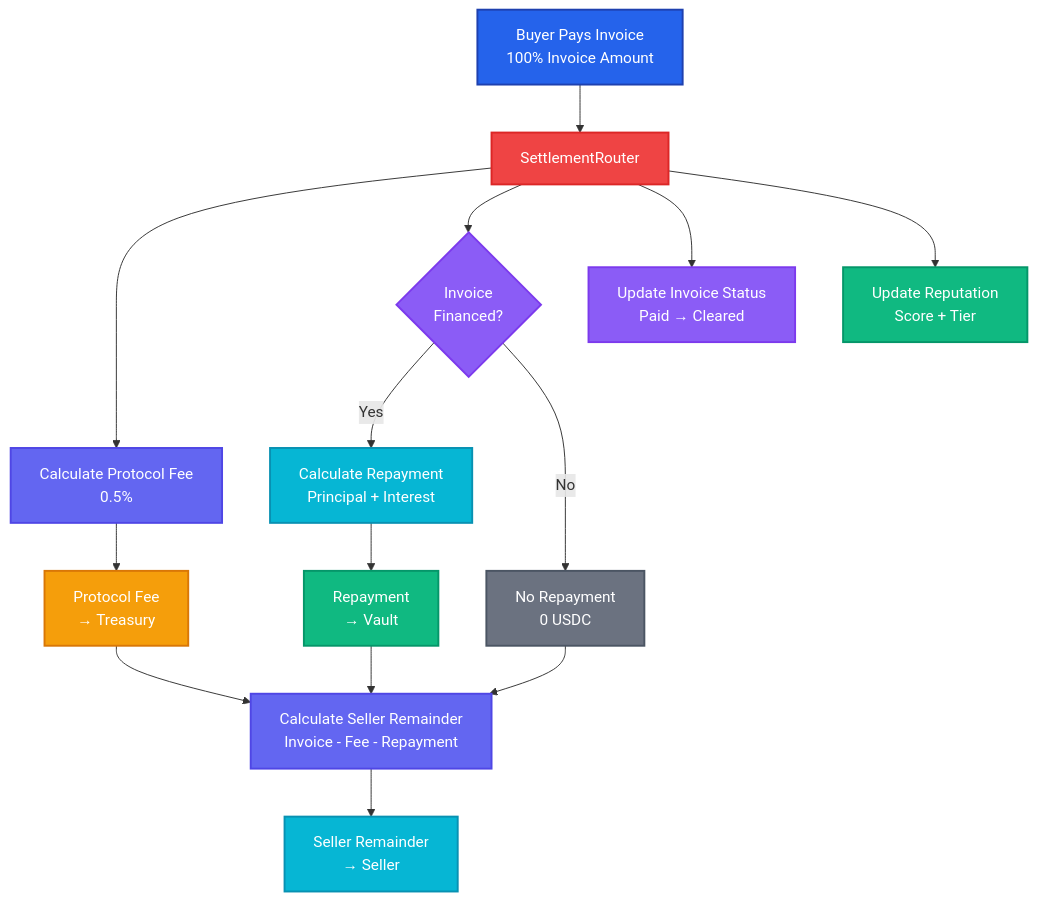
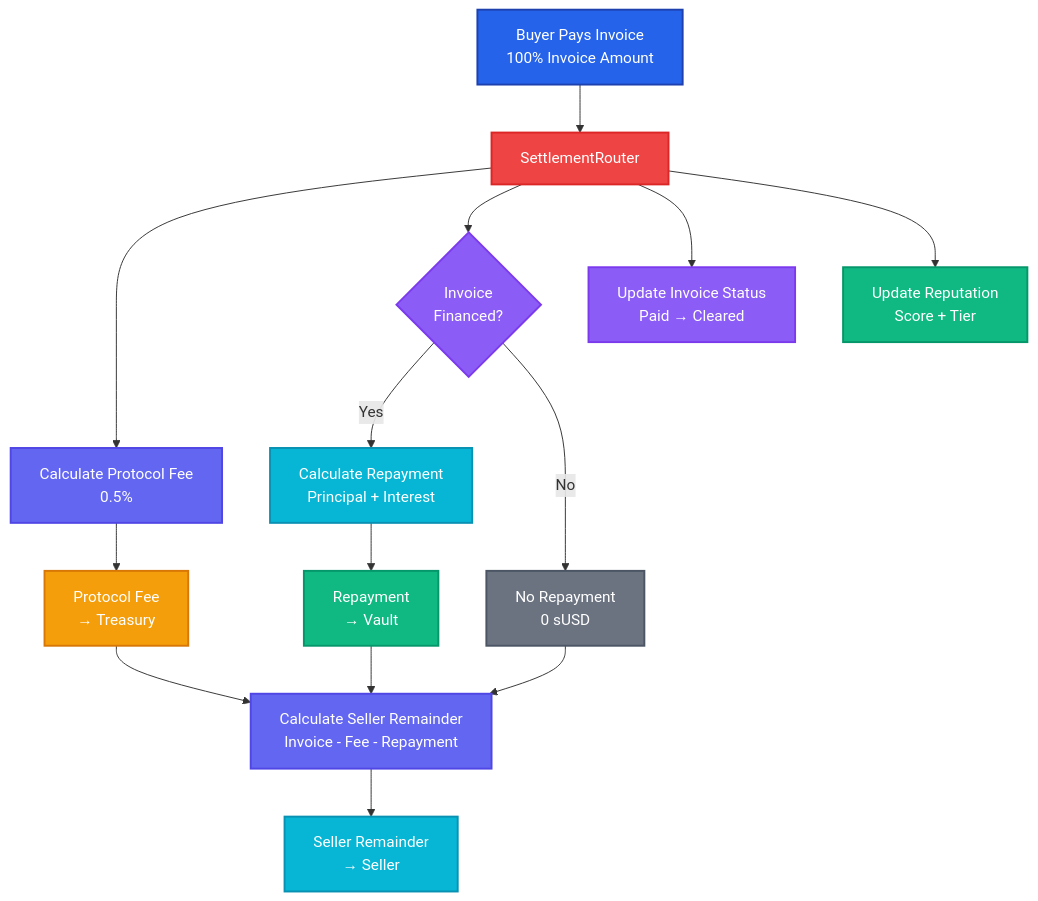
The fourth of 4 diagrams in README.md (builderbroxd/mysettl), drawn with Mermaid before and after one commit. The commit also changed other lines of this file, not shown here.

Commit message:
docs(readme): drop unimplemented staking APY claim from LP flow

````diff
--- a/README.md
+++ b/README.md
@@ -225,35 +225,35 @@
 ```mermaid
 flowchart TD
     Payment[Buyer Pays Invoice<br/>100% Invoice Amount] --> Settlement[SettlementRouter]
     
     Settlement --> CalcFee[Calculate Protocol Fee<br/>0.5%]
     CalcFee --> Fee[Protocol Fee<br/>→ Treasury]
     
     Settlement --> Check{Invoice<br/>Financed?}
     Check -->|Yes| CalcRepay[Calculate Repayment<br/>Principal + Interest]
-    Check -->|No| NoRepay[No Repayment<br/>0 USDC]
+    Check -->|No| NoRepay[No Repayment<br/>0 sUSD]
     
     CalcRepay --> Repay[Repayment<br/>→ Vault]
     NoRepay --> CalcRemainder
     
     Fee --> CalcRemainder[Calculate Seller Remainder<br/>Invoice - Fee - Repayment]
     Repay --> CalcRemainder
     
     CalcRemainder --> Remainder[Seller Remainder<br/>→ Seller]
     
     Settlement --> UpdateStatus[Update Invoice Status<br/>Paid → Cleared]
     Settlement --> UpdateRep[Update Reputation<br/>Score + Tier]
     
     style Payment fill:#2563eb,stroke:#1e40af,stroke-width:2px,color:#fff
     style Settlement fill:#ef4444,stroke:#dc2626,stroke-width:2px,color:#fff
     style CalcFee fill:#6366f1,stroke:#4f46e5,stroke-width:2px,color:#fff
     style Fee fill:#f59e0b,stroke:#d97706,stroke-width:2px,color:#fff
     style Check fill:#8b5cf6,stroke:#7c3aed,stroke-width:2px,color:#fff
     style CalcRepay fill:#06b6d4,stroke:#0891b2,stroke-width:2px,color:#fff
     style NoRepay fill:#6b7280,stroke:#4b5563,stroke-width:2px,color:#fff
     style Repay fill:#10b981,stroke:#059669,stroke-width:2px,color:#fff
     style CalcRemainder fill:#6366f1,stroke:#4f46e5,stroke-width:2px,color:#fff
     style Remainder fill:#06b6d4,stroke:#0891b2,stroke-width:2px,color:#fff
     style UpdateStatus fill:#8b5cf6,stroke:#7c3aed,stroke-width:2px,color:#fff
     style UpdateRep fill:#10b981,stroke:#059669,stroke-width:2px,color:#fff
 ```
````
